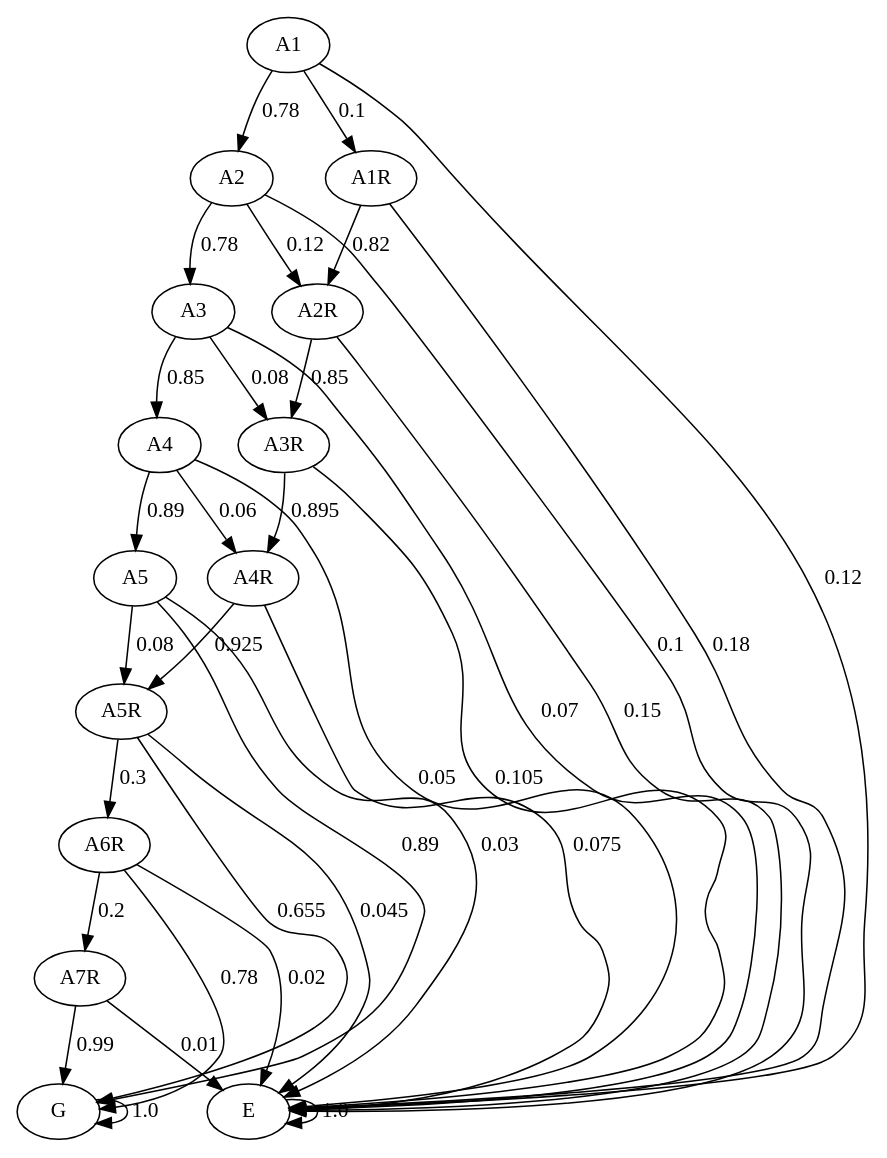
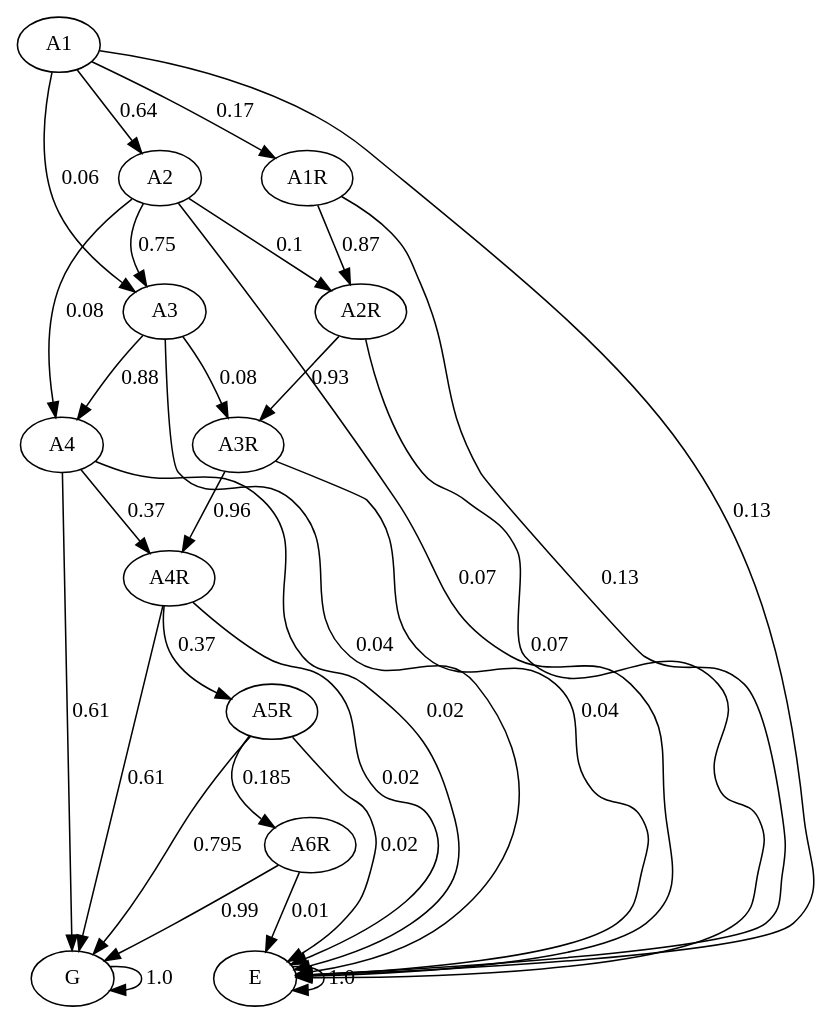
Before and after one commit to JulianaFerreira/educacao: the diagram in graph/markov.dot, drawn with Graphviz. The commit also changed 11 other files, not shown here.

```diff
--- a/graph/markov.dot
+++ b/graph/markov.dot
@@ -1,49 +1,44 @@
 digraph  {
 A1;
 A2;
 A3;
 A4;
-A5;
 A1R;
 A2R;
 A3R;
 A4R;
 A5R;
 A6R;
-A7R;
 G;
 E;
-A1 -> A2  [key=0, label="0.78", weight="0.78"];
-A1 -> A1R  [key=0, label="0.1", weight="0.1"];
-A1 -> E  [key=0, label="0.12", weight="0.12"];
-A2 -> A3  [key=0, label="0.78", weight="0.78"];
-A2 -> A2R  [key=0, label="0.12", weight="0.12"];
-A2 -> E  [key=0, label="0.1", weight="0.1"];
-A3 -> A4  [key=0, label="0.85", weight="0.85"];
+A1 -> A2  [key=0, label="0.64", weight="0.64"];
+A1 -> A3  [key=0, label="0.06", weight="0.06"];
+A1 -> A1R  [key=0, label="0.17", weight="0.17"];
+A1 -> E  [key=0, label="0.13", weight="0.13"];
+A2 -> A3  [key=0, label="0.75", weight="0.75"];
+A2 -> A4  [key=0, label="0.08", weight="0.08"];
+A2 -> A2R  [key=0, label="0.1", weight="0.1"];
+A2 -> E  [key=0, label="0.07", weight="0.07"];
+A3 -> A4  [key=0, label="0.88", weight="0.88"];
 A3 -> A3R  [key=0, label="0.08", weight="0.08"];
-A3 -> E  [key=0, label="0.07", weight="0.07"];
-A4 -> A5  [key=0, label="0.89", weight="0.89"];
-A4 -> A4R  [key=0, label="0.06", weight="0.06"];
-A4 -> E  [key=0, label="0.05", weight="0.05"];
-A5 -> A5R  [key=0, label="0.08", weight="0.08"];
-A5 -> G  [key=0, label="0.89", weight="0.89"];
-A5 -> E  [key=0, label="0.03", weight="0.03"];
-A1R -> A2R  [key=0, label="0.82", weight="0.82"];
-A1R -> E  [key=0, label="0.18", weight="0.18"];
-A2R -> A3R  [key=0, label="0.85", weight="0.85"];
-A2R -> E  [key=0, label="0.15", weight="0.15"];
-A3R -> A4R  [key=0, label="0.895", weight="0.895"];
-A3R -> E  [key=0, label="0.105", weight="0.105"];
-A4R -> A5R  [key=0, label="0.925", weight="0.925"];
-A4R -> E  [key=0, label="0.075", weight="0.075"];
-A5R -> A6R  [key=0, label="0.3", weight="0.3"];
-A5R -> G  [key=0, label="0.655", weight="0.655"];
-A5R -> E  [key=0, label="0.045", weight="0.045"];
-A6R -> A7R  [key=0, label="0.2", weight="0.2"];
-A6R -> G  [key=0, label="0.78", weight="0.78"];
-A6R -> E  [key=0, label="0.02", weight="0.02"];
-A7R -> G  [key=0, label="0.99", weight="0.99"];
-A7R -> E  [key=0, label="0.01", weight="0.01"];
+A3 -> E  [key=0, label="0.04", weight="0.04"];
+A4 -> A4R  [key=0, label="0.37", weight="0.37"];
+A4 -> G  [key=0, label="0.61", weight="0.61"];
+A4 -> E  [key=0, label="0.02", weight="0.02"];
+A1R -> A2R  [key=0, label="0.87", weight="0.87"];
+A1R -> E  [key=0, label="0.13", weight="0.13"];
+A2R -> A3R  [key=0, label="0.93", weight="0.93"];
+A2R -> E  [key=0, label="0.07", weight="0.07"];
+A3R -> A4R  [key=0, label="0.96", weight="0.96"];
+A3R -> E  [key=0, label="0.04", weight="0.04"];
+A4R -> A5R  [key=0, label="0.37", weight="0.37"];
+A4R -> G  [key=0, label="0.61", weight="0.61"];
+A4R -> E  [key=0, label="0.02", weight="0.02"];
+A5R -> A6R  [key=0, label="0.185", weight="0.185"];
+A5R -> G  [key=0, label="0.795", weight="0.795"];
+A5R -> E  [key=0, label="0.02", weight="0.02"];
+A6R -> G  [key=0, label="0.99", weight="0.99"];
+A6R -> E  [key=0, label="0.01", weight="0.01"];
 G -> G  [key=0, label="1.0", weight="1.0"];
 E -> E  [key=0, label="1.0", weight="1.0"];
 }
```
